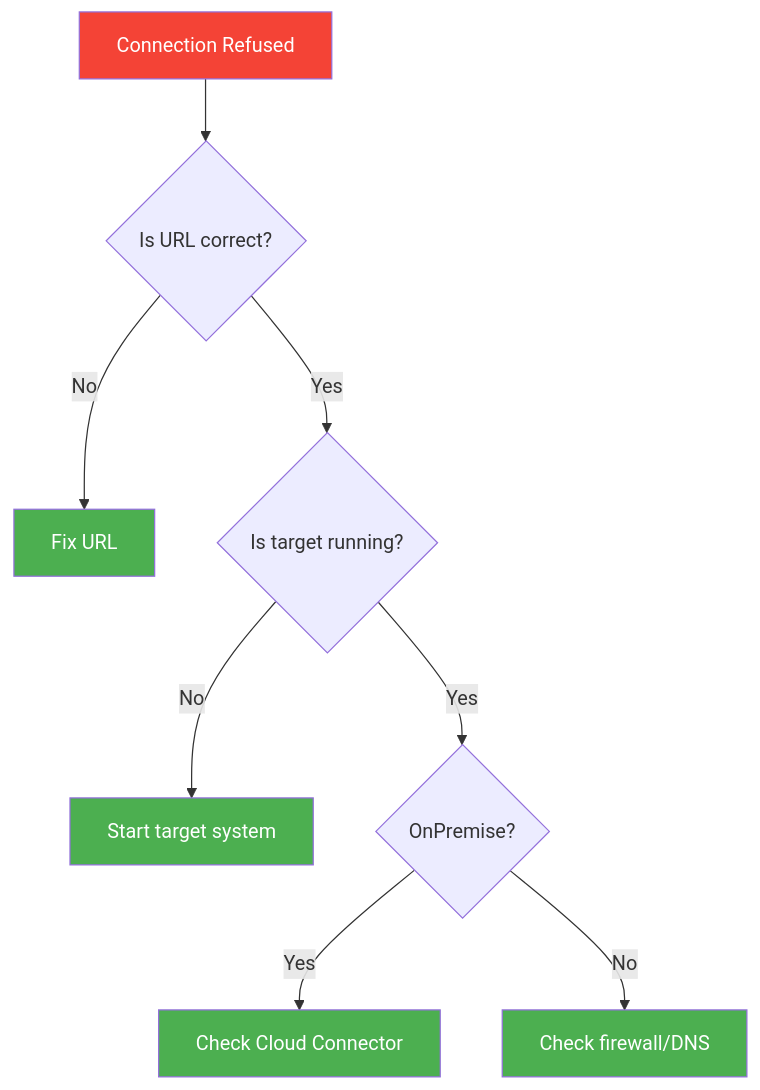
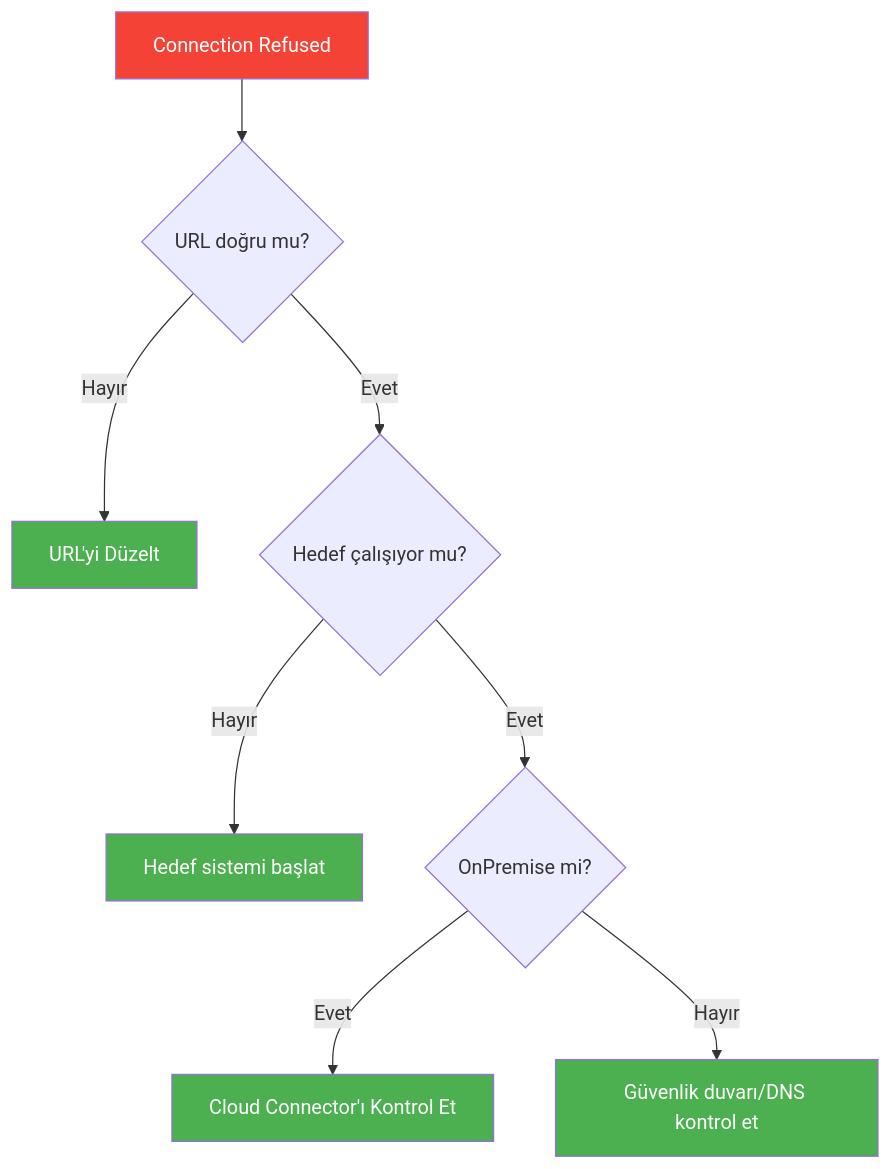
The second of 9 diagrams in Technical Tutorials/BTP/TR/chapters/appendix-d-troubleshooting.md (beyhanmeyrali/sap-all), drawn with Mermaid before and after one commit. The commit also changed other lines of this file and 11 other files, not shown here.

````diff
--- a/Technical Tutorials/BTP/TR/chapters/appendix-d-troubleshooting.md
+++ b/Technical Tutorials/BTP/TR/chapters/appendix-d-troubleshooting.md
@@ -36,16 +36,16 @@
 ```mermaid
 flowchart TD
-    ERR[Connection Refused] --> C1{Is URL correct?}
-    C1 --> |"No"| F1[Fix URL]
-    C1 --> |"Yes"| C2{Is target running?}
-    C2 --> |"No"| F2[Start target system]
-    C2 --> |"Yes"| C3{OnPremise?}
-    C3 --> |"Yes"| F3[Check Cloud Connector]
-    C3 --> |"No"| F4[Check firewall/DNS]
+    ERR[Connection Refused] --> C1{URL doğru mu?}
+    C1 --> |"Hayır"| F1[URL'yi Düzelt]
+    C1 --> |"Evet"| C2{Hedef çalışıyor mu?}
+    C2 --> |"Hayır"| F2[Hedef sistemi başlat]
+    C2 --> |"Evet"| C3{OnPremise mi?}
+    C3 --> |"Evet"| F3[Cloud Connector'ı Kontrol Et]
+    C3 --> |"Hayır"| F4[Güvenlik duvarı/DNS kontrol et]
 
     style ERR fill:#f44336,color:white
     style F1 fill:#4CAF50,color:white
     style F2 fill:#4CAF50,color:white
     style F3 fill:#4CAF50,color:white
     style F4 fill:#4CAF50,color:white
 ```
````
